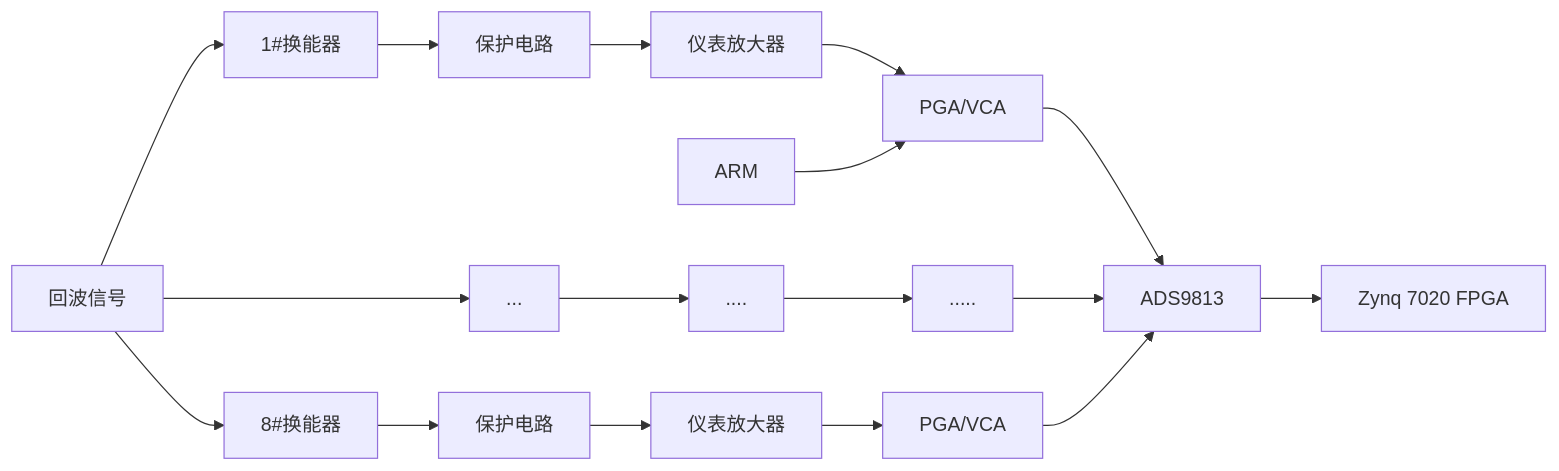
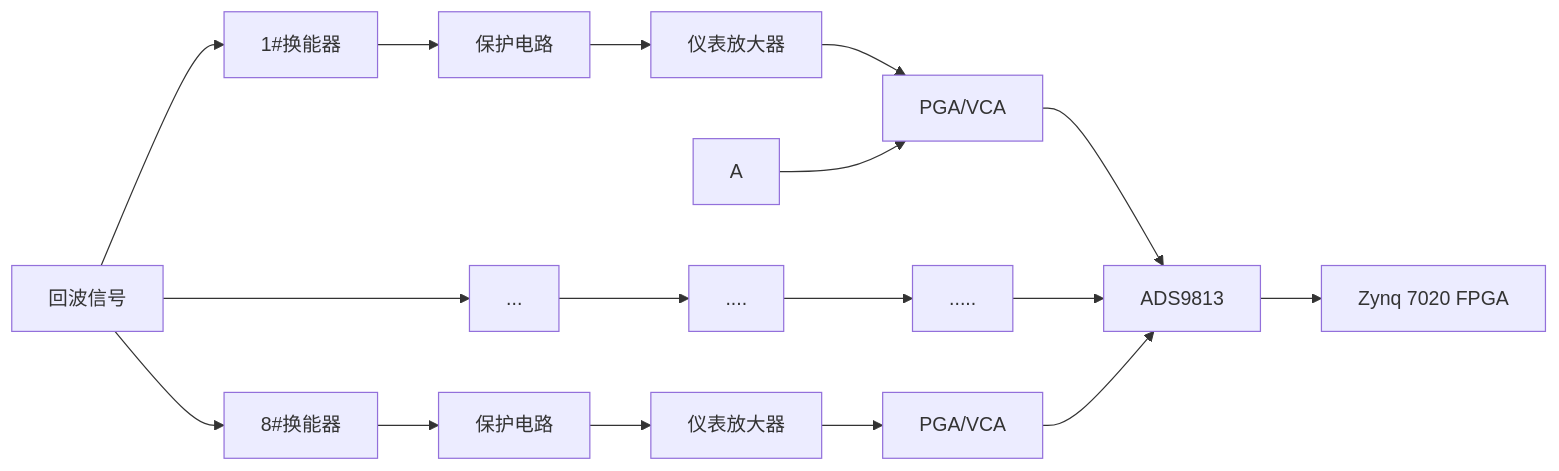
Before and after one commit to Rukawa15/iodraw-files: the diagram in all/同步采集.md, drawn with Mermaid.

Commit message:
2025-06-19 14:33:35 update

````diff
--- a/all/同步采集.md
+++ b/all/同步采集.md
@@ -1,24 +1,25 @@
 ```mermaid
 graph LR
 A[回波信号]
 A --> B1[1#换能器]
 A --> ...
 A --> B8[8#换能器]
 
 B1 --> C1[保护电路]
 B8 --> C8[保护电路]
 
 C1 --> D1[仪表放大器]
 C8 --> D8[仪表放大器]
 
 D1 --> E1[PGA/VCA]
 D8 --> E8[PGA/VCA]
 
 E1 --> F[ADS9813]
 ... --> .... --> ..... --> F
 E8 --> F[ADS9813] 
 
 F --> G[Zynq 7020 FPGA]
 
 H[ARM] --> E1
+H[A]
 ```
````
